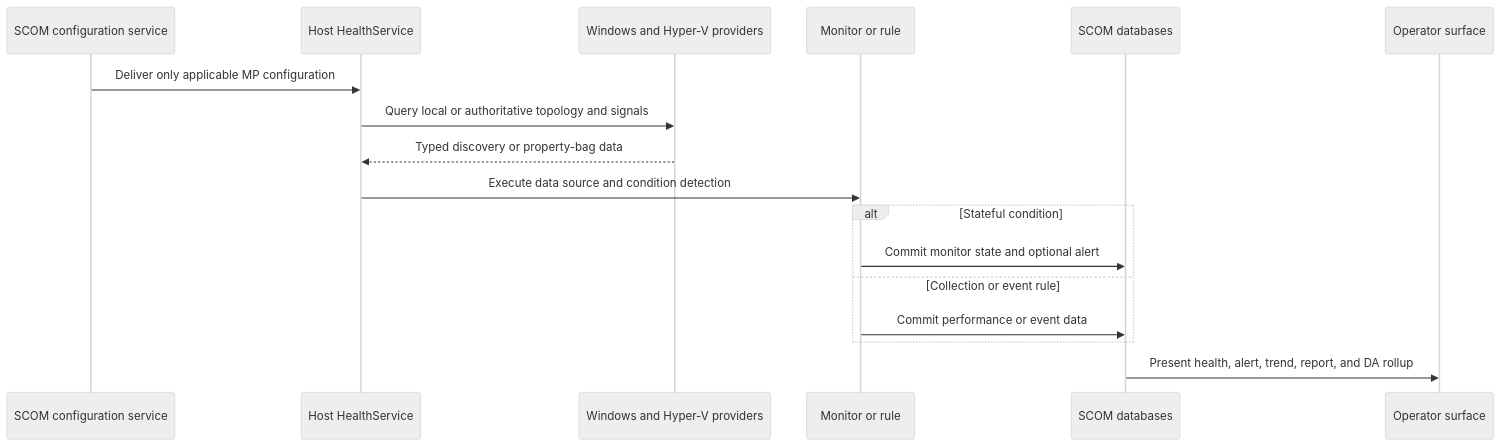
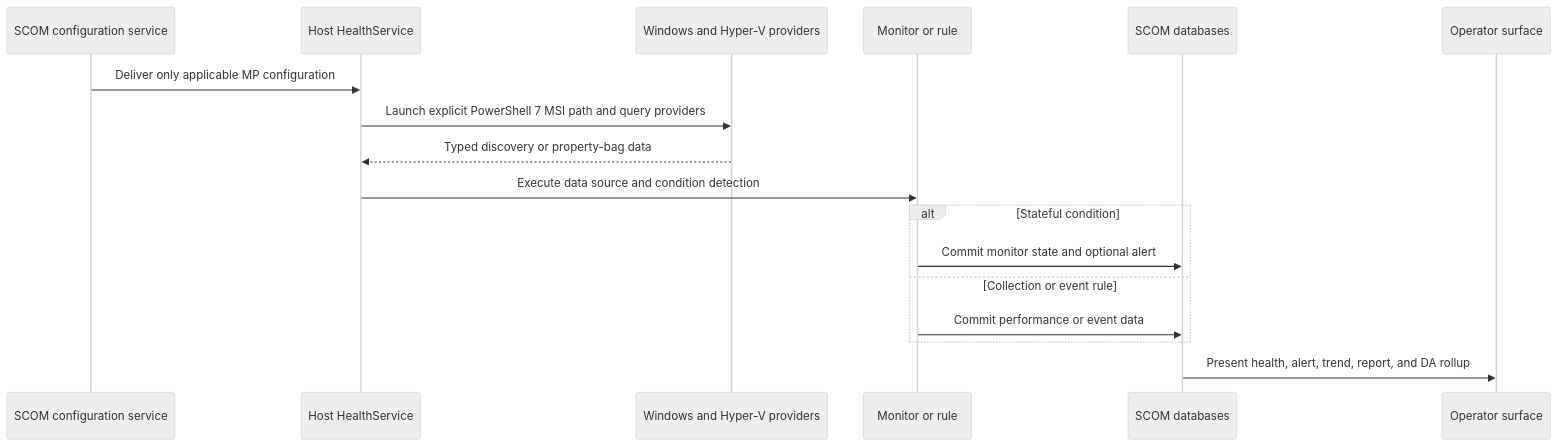
The fourth of 4 diagrams in docs/design/hyper-v/architecture.md (Hybrid-Solutions-Cloud/hybrid-health-monitoring), drawn with Mermaid (neutral theme) before and after one commit. The commit also changed other lines of this file and 49 other files, not shown here.

Commit message:
fix(hyper-v): execute v2 workflows with PowerShell 7 AB#7319

````diff
--- a/docs/design/hyper-v/architecture.md
+++ b/docs/design/hyper-v/architecture.md
@@ -142,20 +142,20 @@
 ```mermaid
 sequenceDiagram
     participant C as SCOM configuration service
     participant A as Host HealthService
     participant P as Windows and Hyper-V providers
     participant M as Monitor or rule
     participant D as SCOM databases
     participant O as Operator surface
 
     C->>A: Deliver only applicable MP configuration
-    A->>P: Query local or authoritative topology and signals
+    A->>P: Launch explicit PowerShell 7 MSI path and query providers
     P-->>A: Typed discovery or property-bag data
     A->>M: Execute data source and condition detection
     alt Stateful condition
       M->>D: Commit monitor state and optional alert
     else Collection or event rule
       M->>D: Commit performance or event data
     end
     D->>O: Present health, alert, trend, report, and DA rollup
 ```
````
